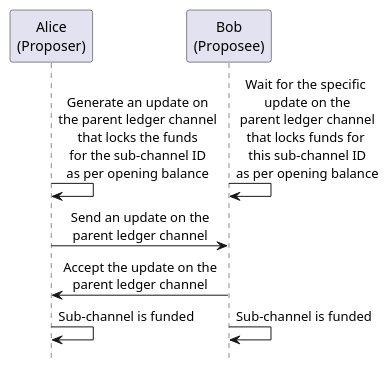
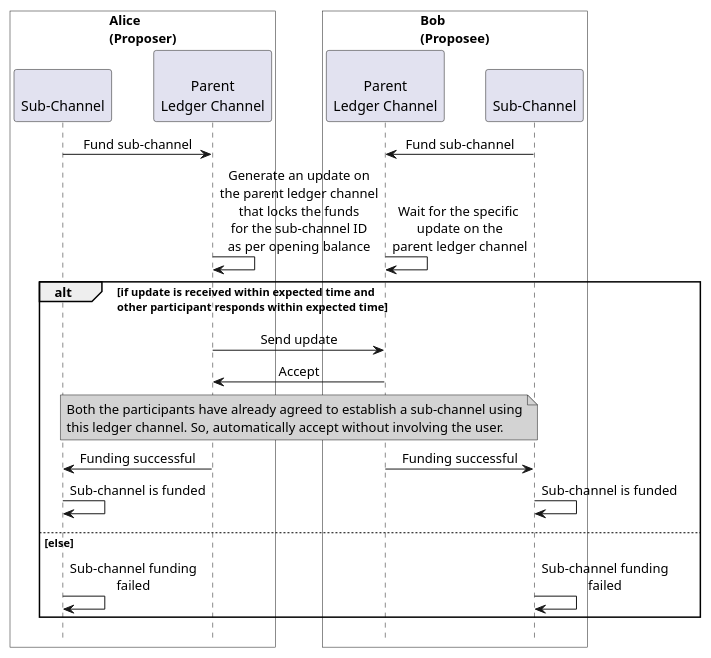
The diagram in source/images/concepts/open_funding_sub.plantuml (hyperledger-labs/perun-doc), drawn with PlantUML before and after one commit. The commit also changed 13 other files, not shown here.

```diff
--- a/source/images/concepts/open_funding_sub.plantuml
+++ b/source/images/concepts/open_funding_sub.plantuml
@@ -4,19 +4,41 @@
 @startuml open_funding_sub
 !pragma teoz true
 hide footbox
 skinparam SequenceMessageAlign center
 
-participant "Alice\n(Proposer)" as alice
-participant "Bob\n(Proposee)" as bob
+box "Alice\n(Proposer)" #transparent
+participant "\nSub-Channel" as alice
+participant "\nParent\nLedger Channel" as alice_parent
+end box
+box "Bob\n(Proposee)" #transparent
+participant "\nParent\nLedger Channel" as bob_parent
+participant "\nSub-Channel" as bob
+end box
 
+alice -> alice_parent: Fund sub-channel
+&bob_parent <- bob: Fund sub-channel
 
-alice -> alice: Generate an update on\nthe parent ledger channel\nthat locks the funds\nfor the sub-channel ID\nas per opening balance
-&bob -> bob: Wait for the specific \nupdate on the\nparent ledger channel\nthat locks funds for \nthis sub-channel ID\nas per opening balance
+alice_parent -> alice_parent: Generate an update on\nthe parent ledger channel\nthat locks the funds\nfor the sub-channel ID\nas per opening balance
+&bob_parent -> bob_parent: Wait for the specific \nupdate on the\nparent ledger channel
 
-alice -> bob: Send an update on the\nparent ledger channel
-alice <- bob: Accept the update on the\nparent ledger channel
+alt if update is received within expected time and\nother participant responds within expected time
+alice_parent -> bob_parent: Send update
+alice_parent <- bob_parent: Accept
+
+note over alice_parent, bob_parent #LightGray
+Both the participants have already agreed to establish a sub-channel using
+this ledger channel. So, automatically accept without involving the user.
+end note
+
+alice <- alice_parent: Funding successful
+&bob_parent -> bob: Funding successful
 
 alice -> alice: Sub-channel is funded
 &bob -> bob: Sub-channel is funded
 
+else else
+alice -> alice: Sub-channel funding\nfailed
+&bob -> bob: Sub-channel funding\nfailed
+end
+
 @enduml
```
